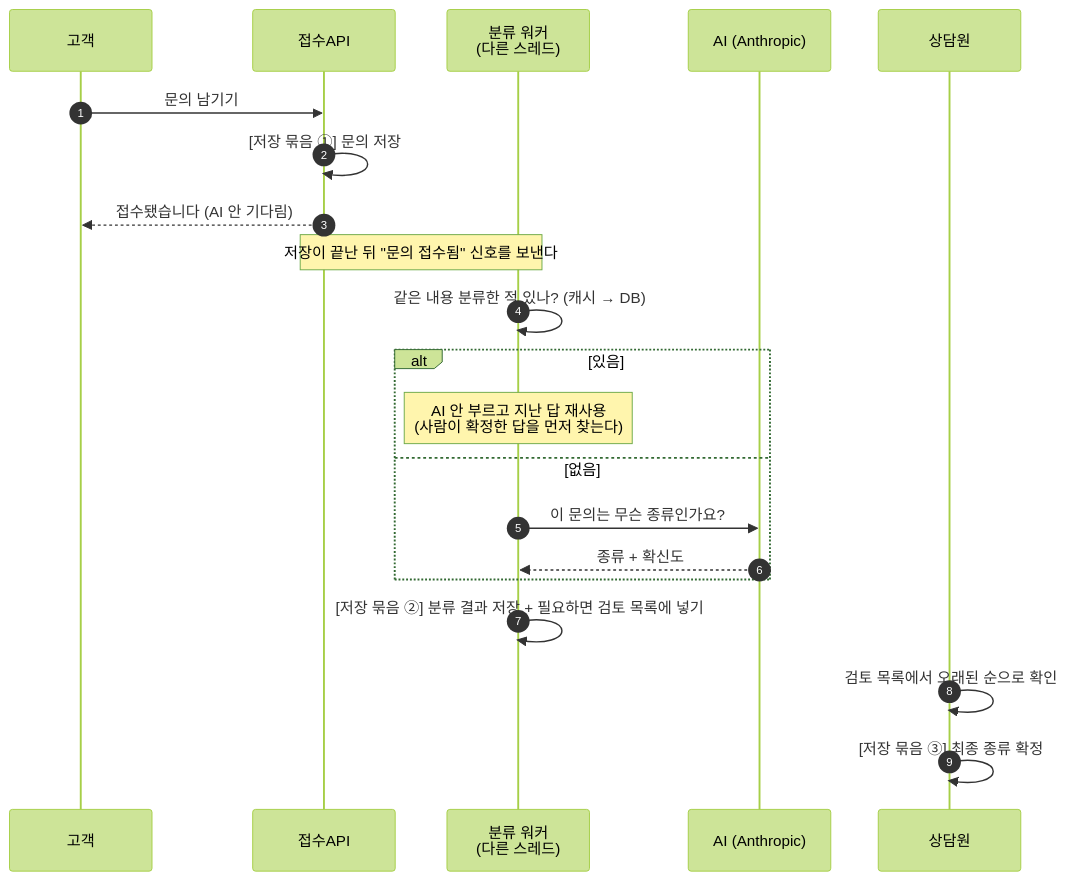
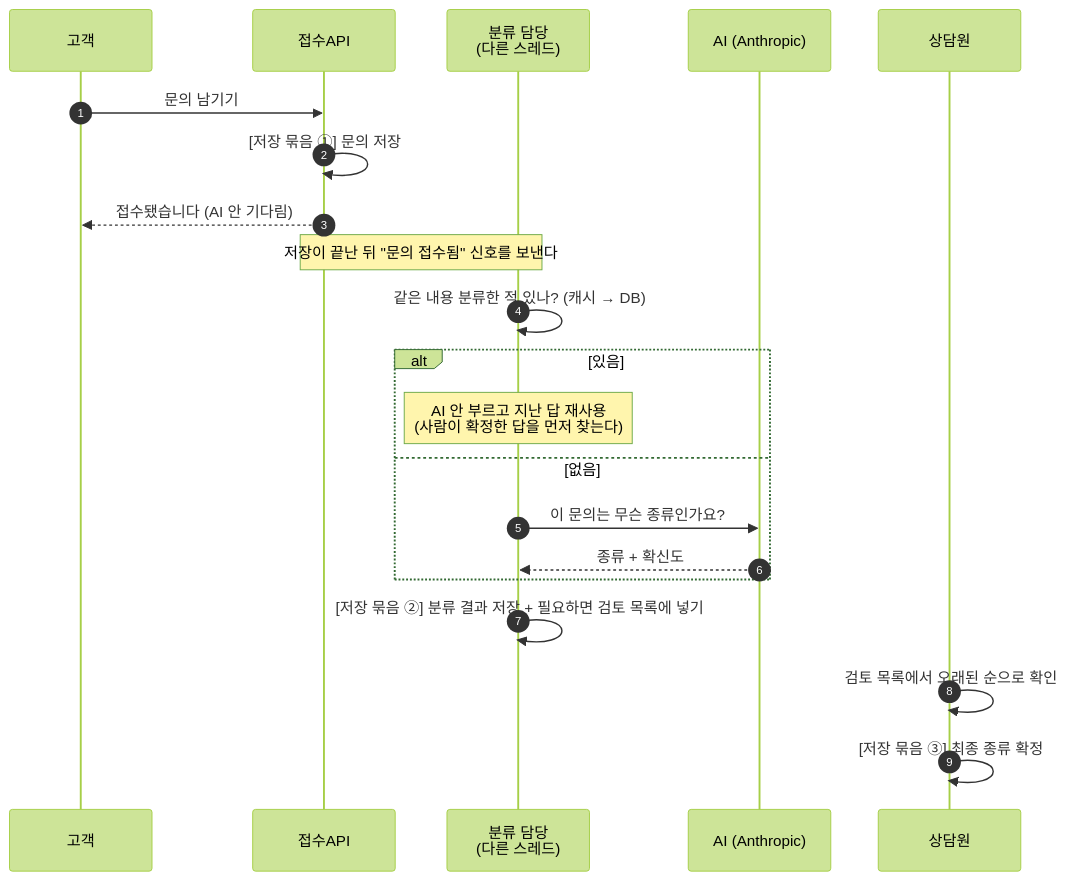
Before and after one commit to GaeChwiRpg/dingco-1-team-01: the first of 3 diagrams in PRD.md, drawn with Mermaid (forest theme). The commit also changed other lines of this file and 1 other file, not shown here.

````diff
--- a/PRD.md
+++ b/PRD.md
@@ -43,28 +105,28 @@
 ```mermaid
 sequenceDiagram
     autonumber
     participant 고객
     participant 접수API
-    participant 분류워커 as 분류 워커<br/>(다른 스레드)
+    participant 분류담당 as 분류 담당<br/>(다른 스레드)
     participant AI as AI (Anthropic)
     participant 상담원
 
     고객->>접수API: 문의 남기기
     접수API->>접수API: [저장 묶음 ①] 문의 저장
     접수API-->>고객: 접수됐습니다 (AI 안 기다림)
 
-    Note over 접수API,분류워커: 저장이 끝난 뒤 "문의 접수됨" 신호를 보낸다
+    Note over 접수API,분류담당: 저장이 끝난 뒤 "문의 접수됨" 신호를 보낸다
 
-    분류워커->>분류워커: 같은 내용 분류한 적 있나? (캐시 → DB)
+    분류담당->>분류담당: 같은 내용 분류한 적 있나? (캐시 → DB)
     alt 있음
-        Note over 분류워커: AI 안 부르고 지난 답 재사용<br/>(사람이 확정한 답을 먼저 찾는다)
+        Note over 분류담당: AI 안 부르고 지난 답 재사용<br/>(사람이 확정한 답을 먼저 찾는다)
     else 없음
-        분류워커->>AI: 이 문의는 무슨 종류인가요?
-        AI-->>분류워커: 종류 + 확신도
+        분류담당->>AI: 이 문의는 무슨 종류인가요?
+        AI-->>분류담당: 종류 + 확신도
     end
 
-    분류워커->>분류워커: [저장 묶음 ②] 분류 결과 저장 + 필요하면 검토 목록에 넣기
+    분류담당->>분류담당: [저장 묶음 ②] 분류 결과 저장 + 필요하면 검토 목록에 넣기
 
     상담원->>상담원: 검토 목록에서 오래된 순으로 확인
     상담원->>상담원: [저장 묶음 ③] 최종 종류 확정
 ```
````
